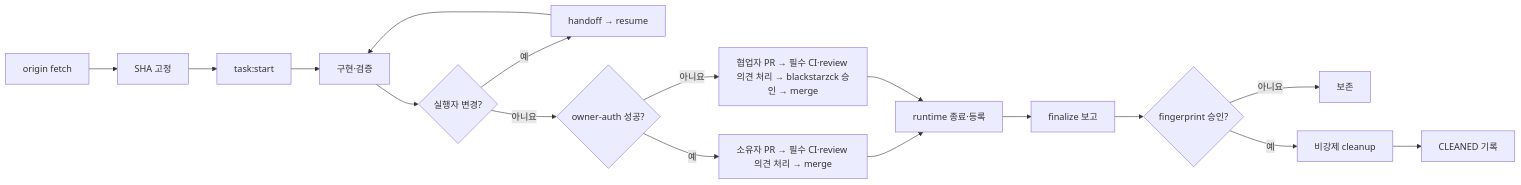
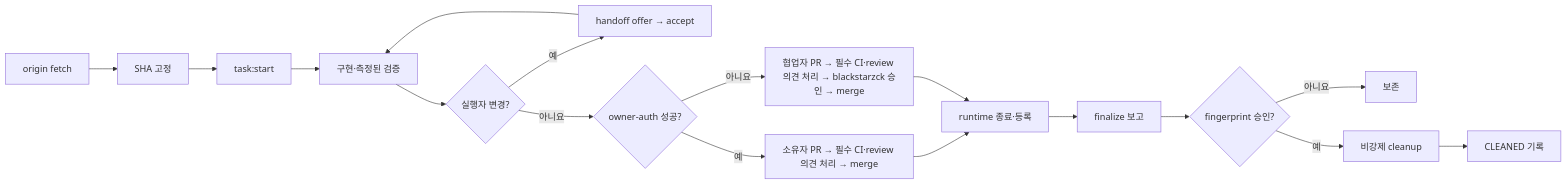
Before and after one commit to blackstarzck/topik-project-v13: the first of 2 diagrams in docs/operations/ai-development-pipeline.md, drawn with Mermaid. The commit also changed other lines of this file and 10 other files, not shown here.

````diff
--- a/docs/operations/ai-development-pipeline.md
+++ b/docs/operations/ai-development-pipeline.md
@@ -33,19 +33,19 @@
 ```mermaid
 flowchart LR
   A["origin fetch"] --> B["SHA 고정"]
   B --> C["task:start"]
-  C --> D["구현·검증"]
+  C --> D["구현·측정된 검증"]
   D --> E{"실행자 변경?"}
-  E -- 예 --> F["handoff → resume"]
+  E -- 예 --> F["handoff offer → accept"]
   F --> D
   E -- 아니요 --> N{"owner-auth 성공?"}
   N -- 예 --> O["소유자 PR → 필수 CI·review 의견 처리 → merge"]
   N -- 아니요 --> P["협업자 PR → 필수 CI·review 의견 처리 → blackstarzck 승인 → merge"]
   O --> H["runtime 종료·등록"]
   P --> H
   H --> I["finalize 보고"]
   I --> J{"fingerprint 승인?"}
   J -- 아니요 --> K["보존"]
   J -- 예 --> L["비강제 cleanup"]
   L --> M["CLEANED 기록"]
 ```
````
